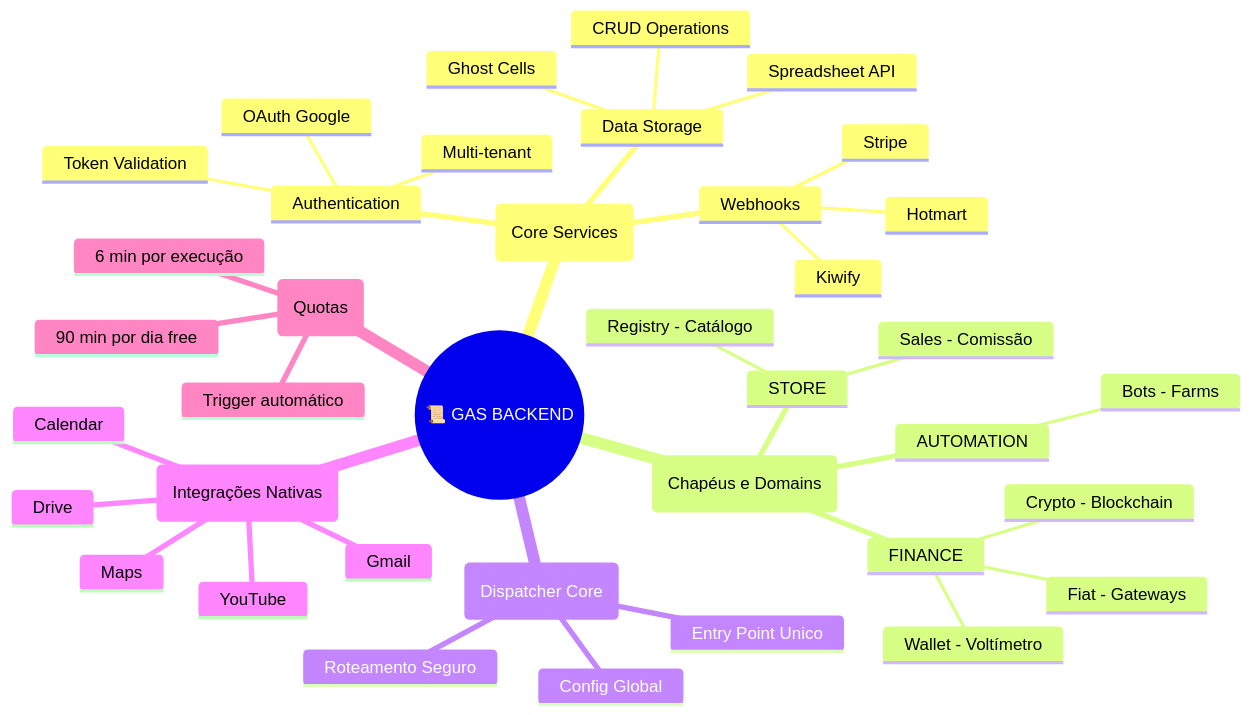
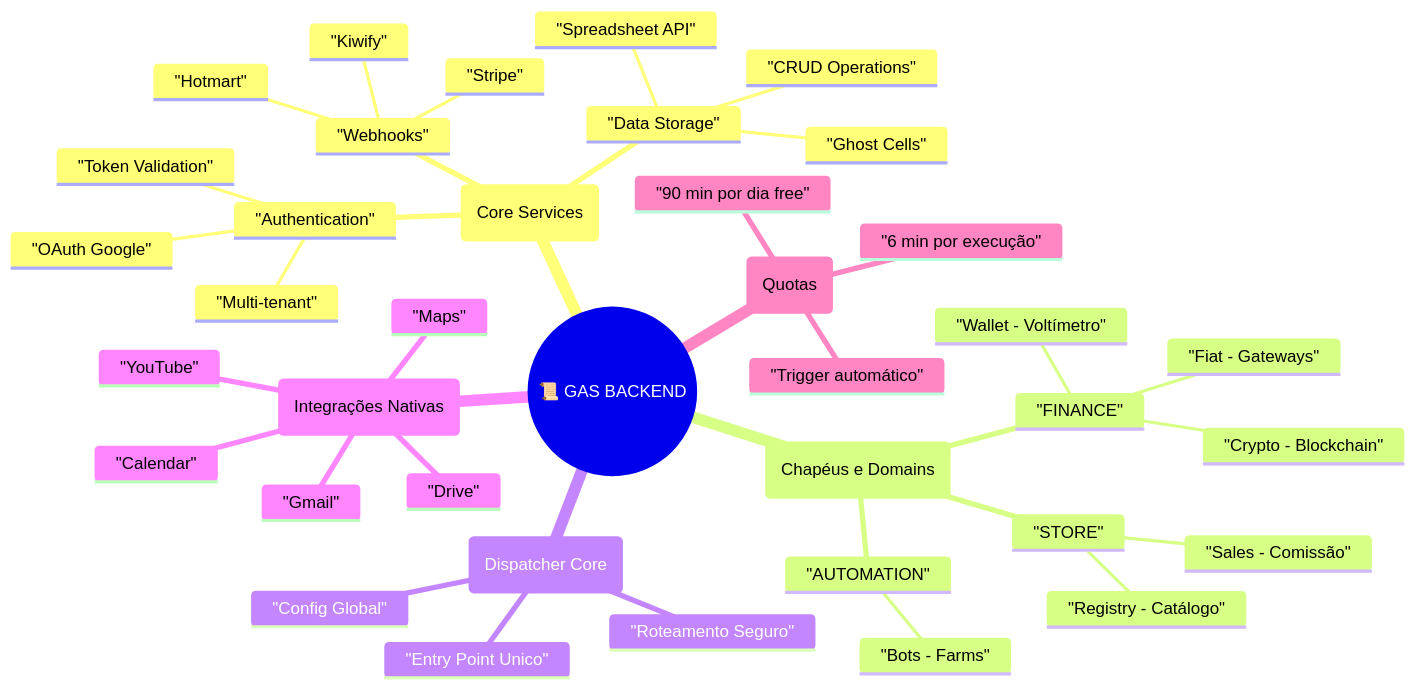
The third of 9 diagrams in docs/PF_MIND_MAPS.md (LucassVal/Panda-Factory), drawn with Mermaid before and after one commit. The commit also changed other lines of this file and 609 other files, not shown here.

Commit message:
fix(docs): Rewrite all Mermaid Mind Maps with strict quoting syntax

````diff
--- a/docs/PF_MIND_MAPS.md
+++ b/docs/PF_MIND_MAPS.md
@@ -92,41 +92,41 @@
 ```mermaid
 mindmap
-  root((📜 GAS BACKEND))
-    (Core Services)
-      Authentication
-        OAuth Google
-        Token Validation
-        Multi-tenant
-      Data Storage
-        Spreadsheet API
-        CRUD Operations
-        Ghost Cells
-      Webhooks
-        Kiwify
-        Hotmart
-        Stripe
-    (Chapéus e Domains)
-      FINANCE
-        Wallet - Voltímetro
-        Fiat - Gateways
-        Crypto - Blockchain
-      STORE
-        Registry - Catálogo
-        Sales - Comissão
-      AUTOMATION
-        Bots - Farms
-    (Dispatcher Core)
-      Entry Point Unico
-      Roteamento Seguro
-      Config Global
-    (Integrações Nativas)
-      Gmail
-      Calendar
-      Drive
-      Maps
-      YouTube
-    (Quotas)
-      6 min por execução
-      90 min por dia free
-      Trigger automático
+  root(("📜 GAS BACKEND"))
+    ("Core Services")
+      "Authentication"
+        "OAuth Google"
+        "Token Validation"
+        "Multi-tenant"
+      "Data Storage"
+        "Spreadsheet API"
+        "CRUD Operations"
+        "Ghost Cells"
+      "Webhooks"
+        "Kiwify"
+        "Hotmart"
+        "Stripe"
+    ("Chapéus e Domains")
+      "FINANCE"
+        "Wallet - Voltímetro"
+        "Fiat - Gateways"
+        "Crypto - Blockchain"
+      "STORE"
+        "Registry - Catálogo"
+        "Sales - Comissão"
+      "AUTOMATION"
+        "Bots - Farms"
+    ("Dispatcher Core")
+      "Entry Point Unico"
+      "Roteamento Seguro"
+      "Config Global"
+    ("Integrações Nativas")
+      "Gmail"
+      "Calendar"
+      "Drive"
+      "Maps"
+      "YouTube"
+    ("Quotas")
+      "6 min por execução"
+      "90 min por dia free"
+      "Trigger automático"
 ```
````
